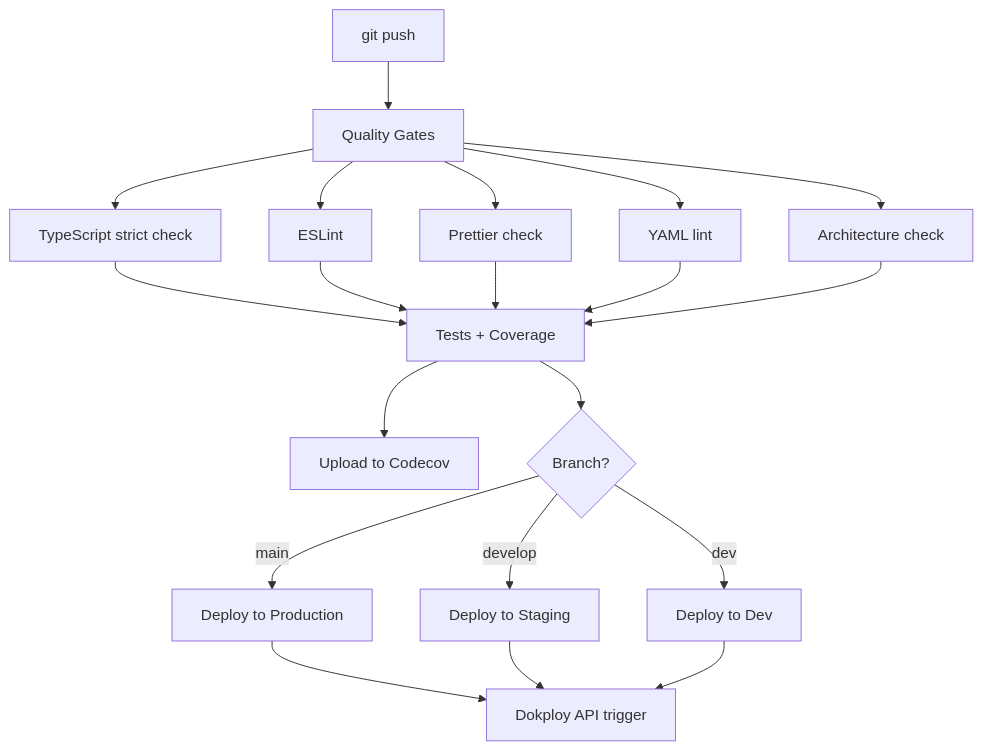
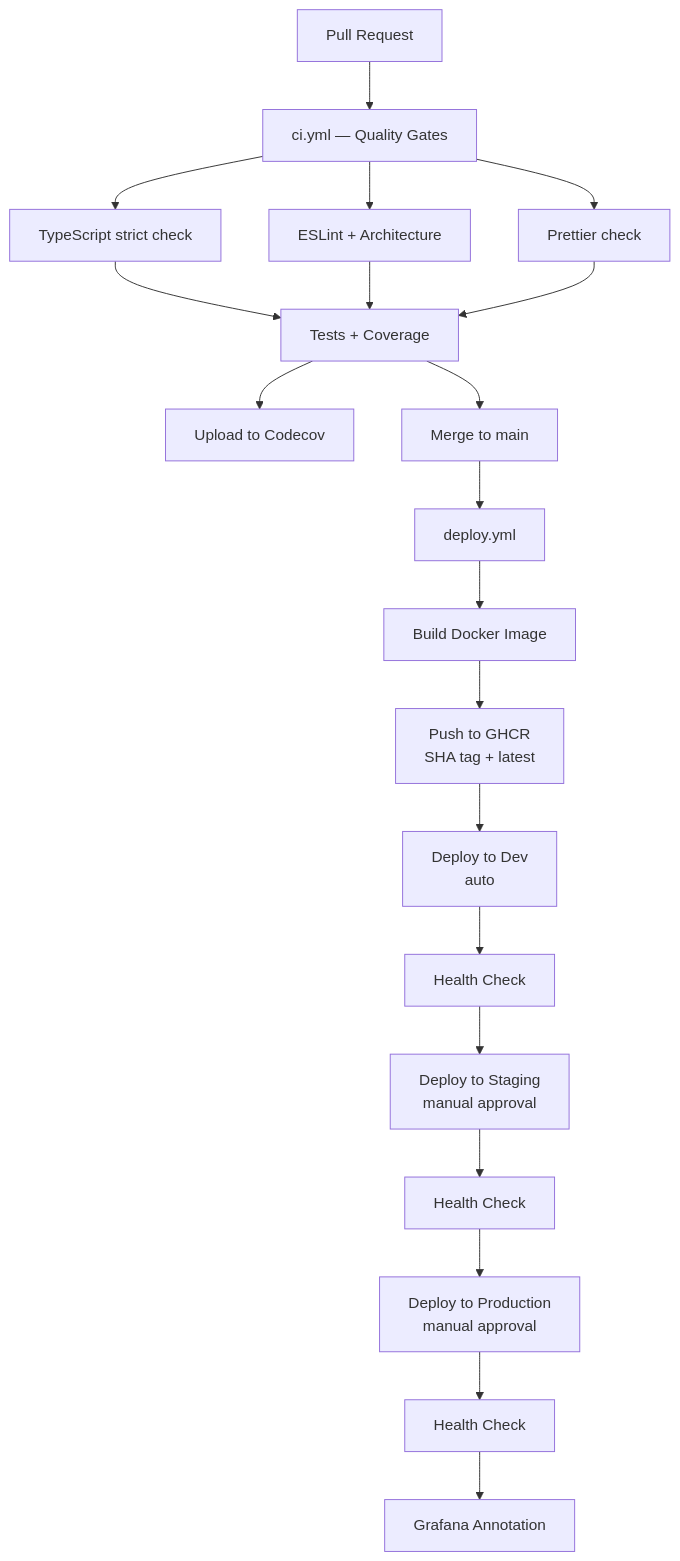
One commit to apolenkov/myapp-hello changed the diagram in docs/deployment.md. Above: the diagram before and after it, drawn with Mermaid. The commit also changed other lines of this file and 48 other files, not shown here.

````diff
--- a/docs/deployment.md
+++ b/docs/deployment.md
@@ -13,19 +15,21 @@
 ```mermaid
 %%{init: {theme: 'neutral'}}%%
 flowchart TD
-    push[git push] --> quality[Quality Gates]
-    quality --> ts[TypeScript strict check]
-    quality --> lint[ESLint]
-    quality --> fmt[Prettier check]
-    quality --> yaml[YAML lint]
-    quality --> arch[Architecture check]
-    ts & lint & fmt & yaml & arch --> test[Tests + Coverage]
+    pr[Pull Request] --> ci[ci.yml — Quality Gates]
+    ci --> ts[TypeScript strict check]
+    ci --> lint[ESLint + Architecture]
+    ci --> fmt[Prettier check]
+    ts & lint & fmt --> test[Tests + Coverage]
     test --> codecov[Upload to Codecov]
-    test --> deploy{Branch?}
-    deploy -->|main| prod[Deploy to Production]
-    deploy -->|develop| staging[Deploy to Staging]
-    deploy -->|dev| dev_env[Deploy to Dev]
-    prod --> dokploy_api[Dokploy API trigger]
-    staging --> dokploy_api
-    dev_env --> dokploy_api
+    test --> merge[Merge to main]
+    merge --> deploy[deploy.yml]
+    deploy --> build[Build Docker Image]
+    build --> ghcr[Push to GHCR\nSHA tag + latest]
+    ghcr --> dev_env[Deploy to Dev\nauto]
+    dev_env --> health_dev[Health Check]
+    health_dev --> staging[Deploy to Staging\nmanual approval]
+    staging --> health_stg[Health Check]
+    health_stg --> prod[Deploy to Production\nmanual approval]
+    prod --> health_prod[Health Check]
+    health_prod --> grafana[Grafana Annotation]
 ```
````
